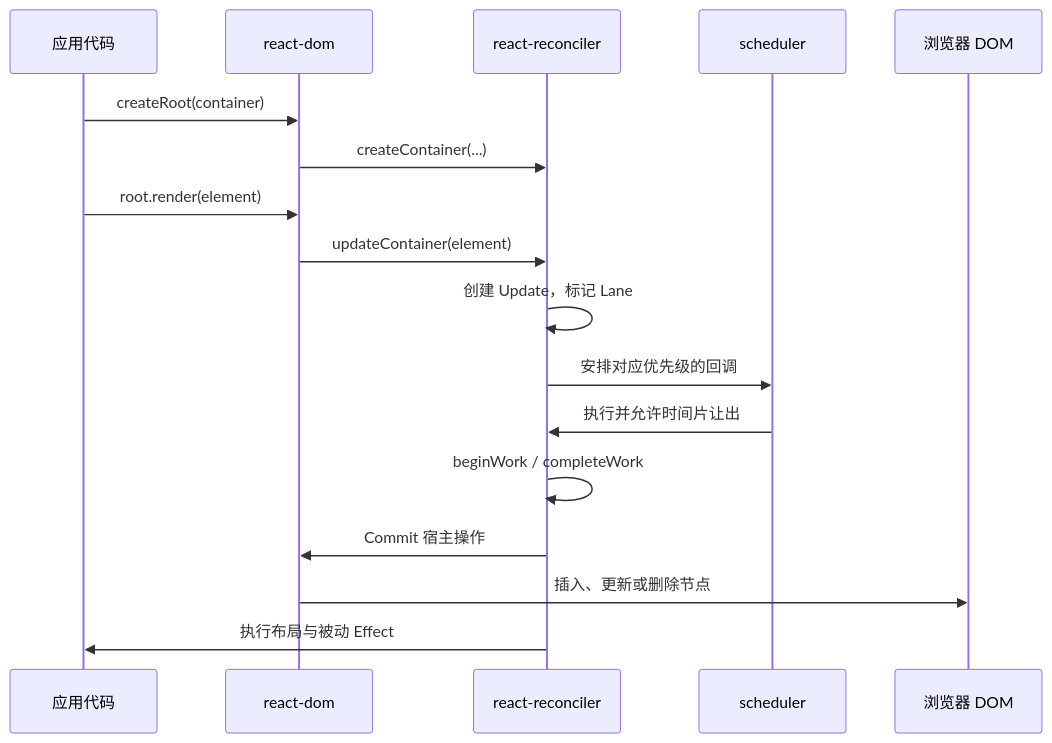
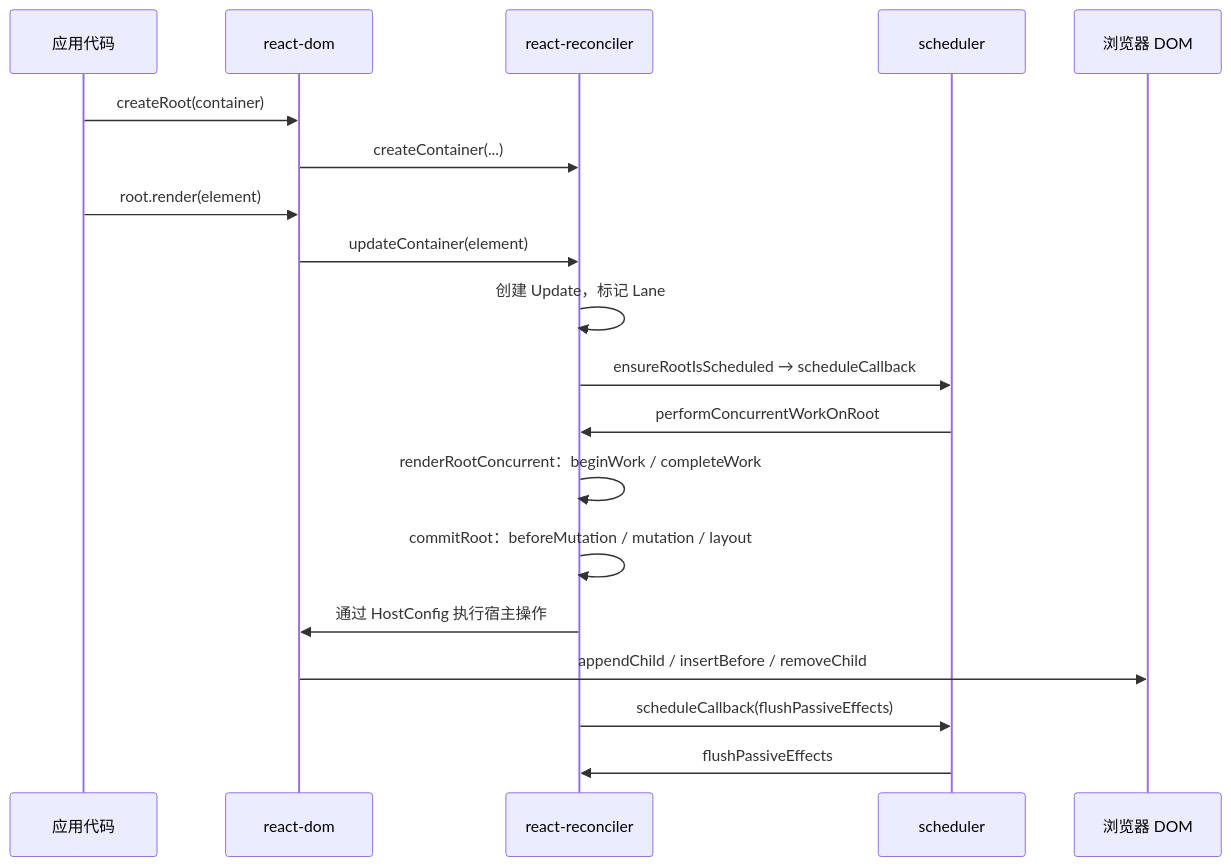
One commit to sentibeitaokong/CoreFront-EndConcepts changed the second of 3 diagrams in apps/docs/frameworks/react/advanced/source-code/sourceCodeCatalog.md. Above: the diagram before and after it, drawn with Mermaid. The commit also changed other lines of this file and 20 other files, not shown here.

````diff
--- a/apps/docs/frameworks/react/advanced/source-code/sourceCodeCatalog.md
+++ b/apps/docs/frameworks/react/advanced/source-code/sourceCodeCatalog.md
@@ -199,20 +71,22 @@
 ```mermaid
 sequenceDiagram
     participant App as 应用代码
     participant DOM as react-dom
     participant R as react-reconciler
     participant S as scheduler
     participant Host as 浏览器 DOM
 
     App->>DOM: createRoot(container)
     DOM->>R: createContainer(...)
     App->>DOM: root.render(element)
     DOM->>R: updateContainer(element)
     R->>R: 创建 Update，标记 Lane
-    R->>S: 安排对应优先级的回调
-    S->>R: 执行并允许时间片让出
-    R->>R: beginWork / completeWork
-    R->>DOM: Commit 宿主操作
-    DOM->>Host: 插入、更新或删除节点
-    R->>App: 执行布局与被动 Effect
+    R->>S: ensureRootIsScheduled → scheduleCallback
+    S->>R: performConcurrentWorkOnRoot
+    R->>R: renderRootConcurrent：beginWork / completeWork
+    R->>R: commitRoot：beforeMutation / mutation / layout
+    R->>DOM: 通过 HostConfig 执行宿主操作
+    DOM->>Host: appendChild / insertBefore / removeChild
+    R->>S: scheduleCallback(flushPassiveEffects)
+    S->>R: flushPassiveEffects
 ```
````
